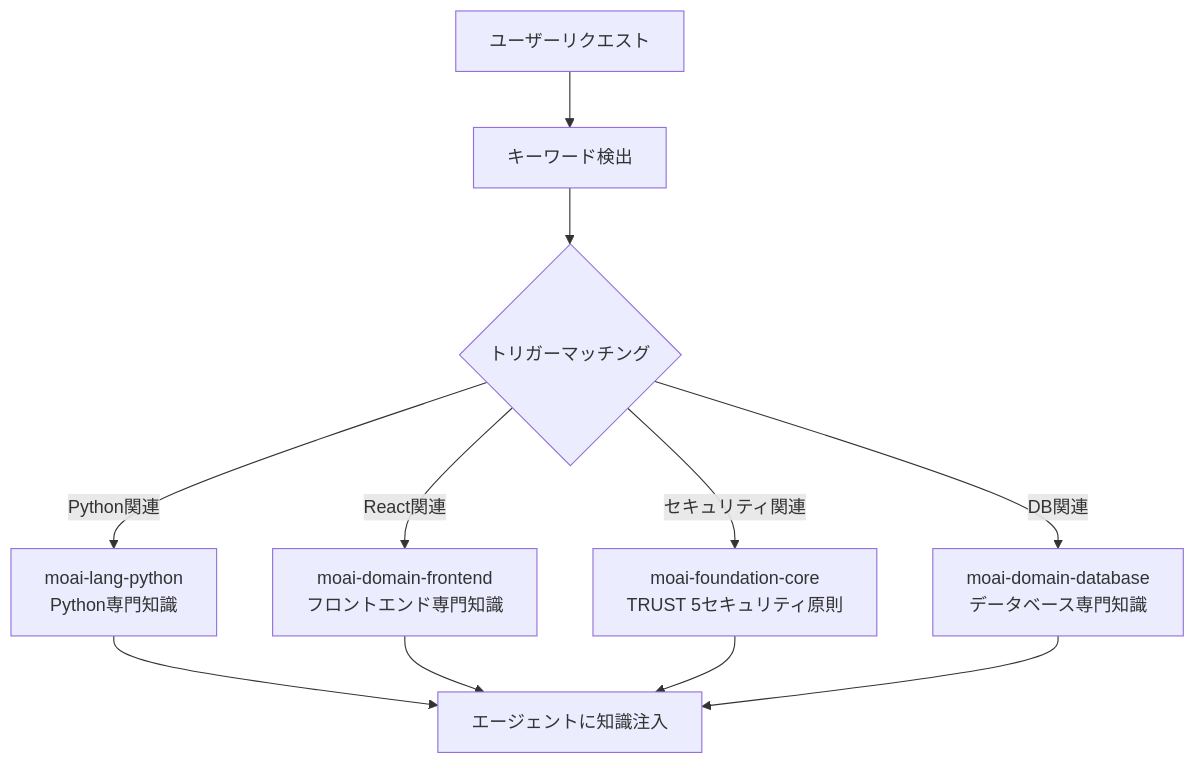
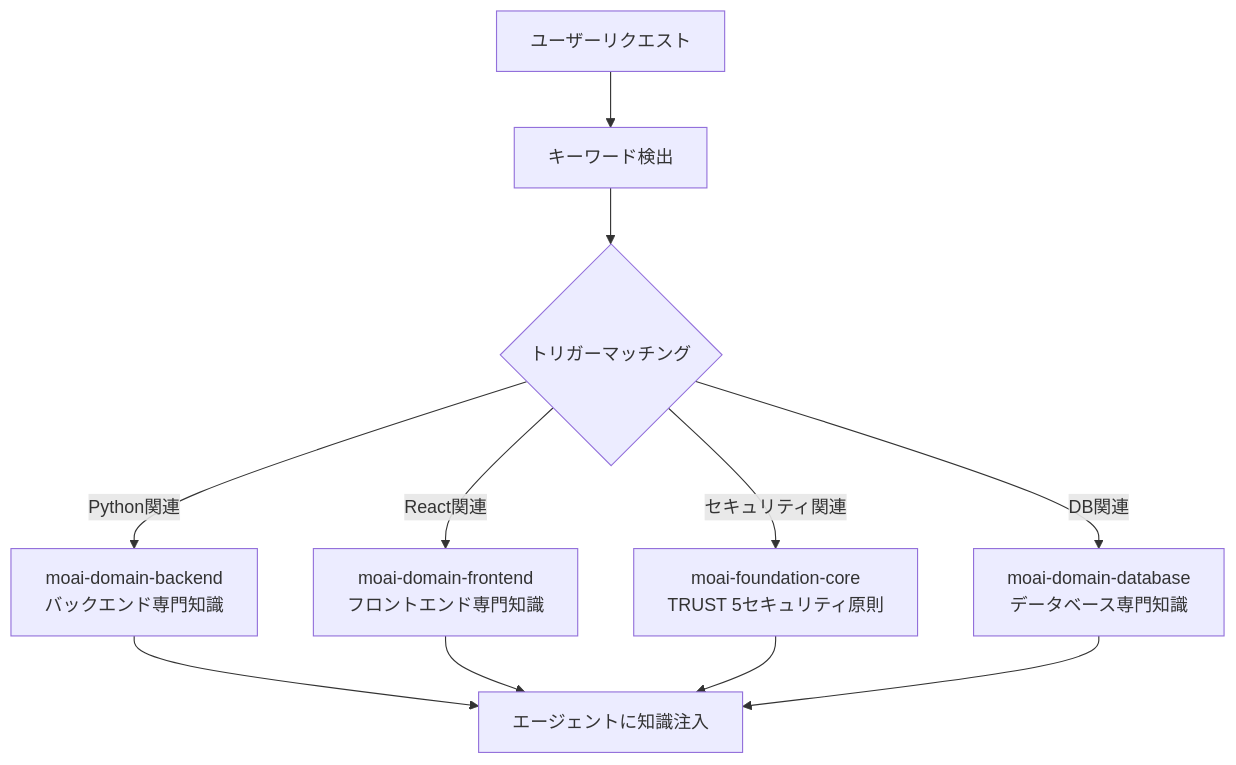
One commit to modu-ai/moai-adk changed the first of 4 diagrams in docs-site/content/ja/advanced/skill-guide.md. Above: the diagram before and after it, drawn with Mermaid. The commit also changed other lines of this file and 19 other files, not shown here.

````diff
--- a/docs-site/content/ja/advanced/skill-guide.md
+++ b/docs-site/content/ja/advanced/skill-guide.md
@@ -40,14 +40,14 @@
 ```mermaid
 flowchart TD
     USER[ユーザーリクエスト] --> DETECT[キーワード検出]
     DETECT --> TRIGGER{トリガーマッチング}
-    TRIGGER -->|Python関連| PY["moai-lang-python<br/>Python専門知識"]
+    TRIGGER -->|Python関連| PY["moai-domain-backend<br/>バックエンド専門知識"]
     TRIGGER -->|React関連| FE["moai-domain-frontend<br/>フロントエンド専門知識"]
     TRIGGER -->|セキュリティ関連| SEC["moai-foundation-core<br/>TRUST 5セキュリティ原則"]
     TRIGGER -->|DB関連| DB["moai-domain-database<br/>データベース専門知識"]
 
     PY --> AGENT[エージェントに知識注入]
     FE --> AGENT
     SEC --> AGENT
     DB --> AGENT
 ```
````
